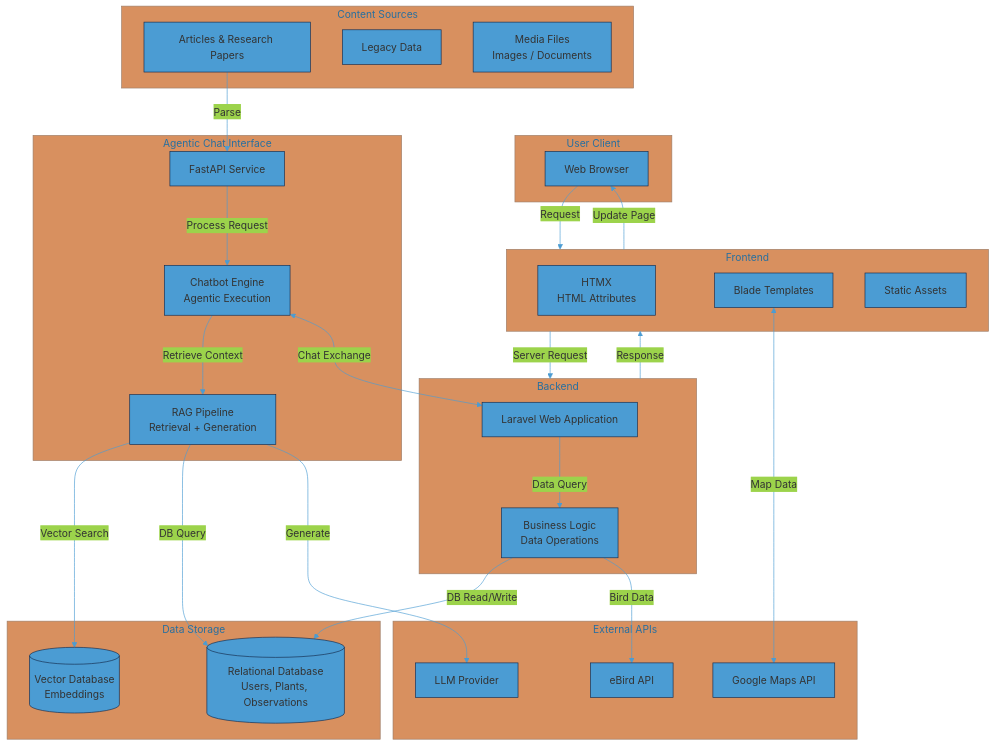
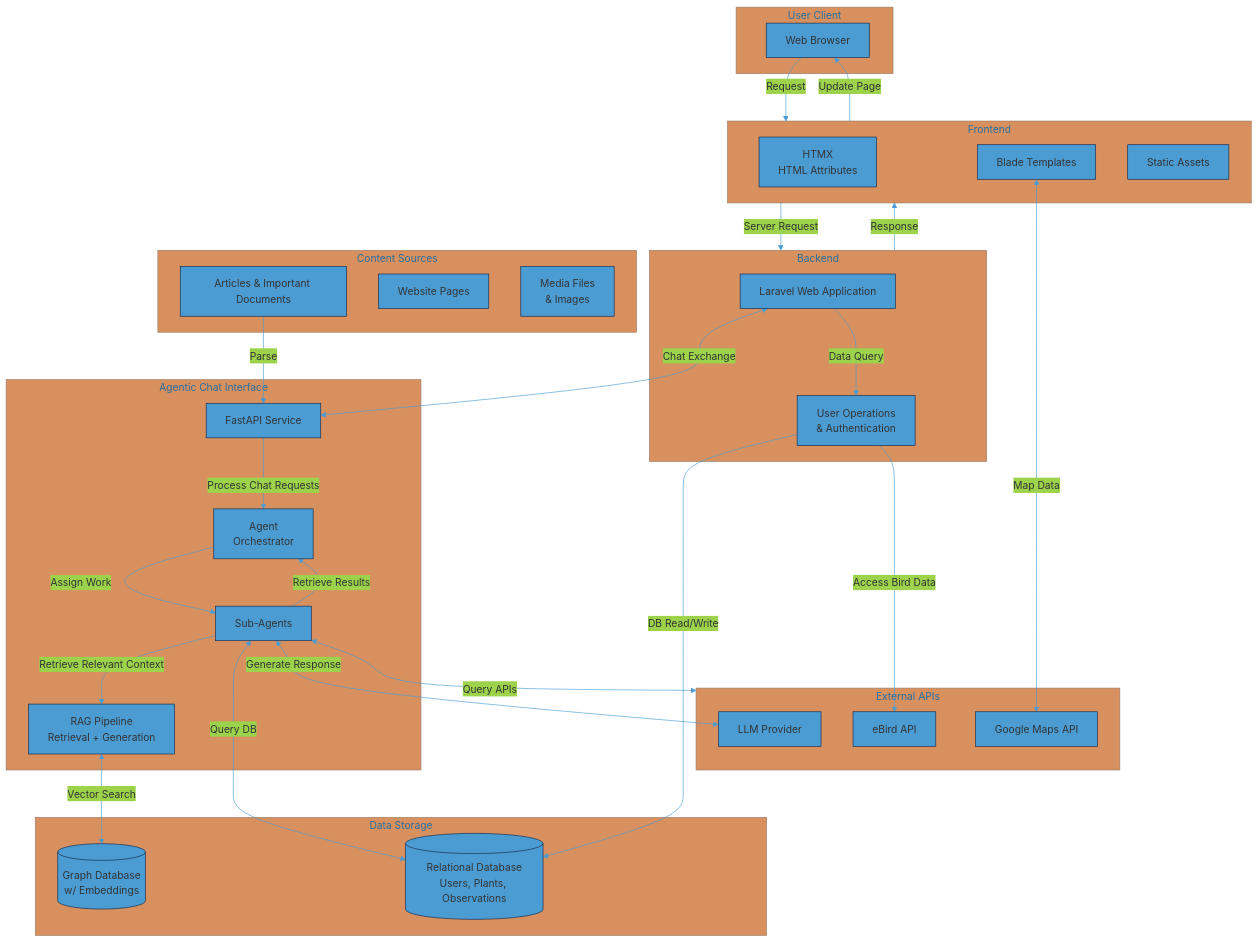
The diagram in content/deliverables/arch-diag.md (cichorum/wiki), drawn with Mermaid before and after one commit. The commit also changed other lines of this file, not shown here.

Commit message:
simplified arch diag for midterm presentation

````diff
--- a/content/deliverables/arch-diag.md
+++ b/content/deliverables/arch-diag.md
@@ -23,77 +23,153 @@
 
 graph TB
 
+  
+
 subgraph UserClient["User Client"]
-    Browser["Web Browser"]
+
+Browser["Web Browser"]
+
 end
 
+  
+
 subgraph Frontend["Frontend"]
-    HTMX["HTMX<br/>HTML Attributes"]
-    Templates["Blade Templates"]
-    Static["Static Assets"]
+
+HTMX["HTMX<br/>HTML Attributes"]
+
+Templates["Blade Templates"]
+
+Static["Static Assets"]
+
 end
 
+  
+
 subgraph Backend["Backend"]
-    WebApp["Laravel Web Application"]
-    BusinessLogic["Business Logic<br/>Data Operations"]
+
+WebApp["Laravel Web Application"]
+
+StandardLogic["User Operations<br/>& Authentication"]
+
 end
 
+  
+
 subgraph ChatBot["Agentic Chat Interface"]
-    AIAPI["FastAPI Service"]
-    Chatbot["Chatbot Engine<br/>Agentic Execution"]
-    RAG["RAG Pipeline<br/>Retrieval + Generation"]
+
+AIAPI["FastAPI Service"]
+
+AgentOrchestrator["Agent<br/>Orchestrator"]
+
+AgentFleet["Sub-Agents"]
+
+RAG["RAG Pipeline<br/>Retrieval + Generation"]
+
 end
 
+  
+
 subgraph DataStorage["Data Storage"]
-    RelationalDB[("Relational Database<br/>Users, Plants, Observations")]
-    VectorDB[("Vector Database<br/>Embeddings")]
+
+RelationalDB[("Relational Database<br/>Users, Plants, Observations")]
+
+VectorDB[("Graph Database<br/>w/ Embeddings")]
+
 end
 
+  
+
 subgraph ContentSources["Content Sources"]
-    Documents["Articles & Research Papers"]
-    LegacyData["Legacy Data"]
-    Images["Media Files<br/>Images / Documents"]
+
+Documents["Articles & Important Documents"]
+
+WebsiteContent["Website Pages"]
+
+Images["Media Files<br/>& Images"]
+
 end
 
+  
+
 subgraph ExternalAPIs["External APIs"]
-    LLM["LLM Provider"]
-    Maps["Google Maps API"]
-    EBird["eBird API"]
+
+LLM["LLM Provider"]
+
+Maps["Google Maps API"]
+
+EBird["eBird API"]
+
 end
 
+  
+
 Browser -->|Request| Frontend
+
 Frontend -->|Server Request| Backend
+
 Backend -->|Response| Frontend
+
 Frontend -->|Update Page| Browser
 
+  
+  
 
-WebApp -->|Data Query| BusinessLogic
-BusinessLogic -->|DB Read/Write| RelationalDB
+WebApp <-- "Chat Exchange" --> AIAPI
 
+WebApp -->|Data Query| StandardLogic
 
-AIAPI -->|Process Request| Chatbot
-Chatbot -->|Retrieve Context| RAG
-RAG -->|Vector Search| VectorDB
-RAG -->|DB Query| RelationalDB
-RAG -->|Generate| LLM
-Chatbot <-- "Chat Exchange" --> WebApp
+StandardLogic -->|DB Read/Write| RelationalDB
 
+  
+  
+
+AIAPI -->|Process Chat Requests| AgentOrchestrator
+
+AgentFleet -->|Retrieve Relevant Context| RAG
+
+AgentFleet -->|Retrieve Results| AgentOrchestrator
+
+AgentOrchestrator-->|Assign Work|AgentFleet
+
+RAG <-->|Vector Search| VectorDB
+
+AgentFleet <-->|Query DB| RelationalDB
+
+AgentFleet <-->|Generate Response| LLM
+
+AgentFleet <-->|Query APIs| ExternalAPIs
+
+  
+  
+  
 
 Documents -->|Parse| AIAPI
 
+  
+  
 
-BusinessLogic -->|Bird Data| EBird
+StandardLogic -->|Access Bird Data| EBird
+
 Templates <-->|Map Data| Maps
 
+  
+  
 
 classDef accent fill:#4B9CD3,color:#FFFFFF,stroke:#13294B;
 
+  
+
 class Browser neutral;
+
 class HTMX,Templates,Static neutral;
-class WebApp,BusinessLogic neutral;
-class AIAPI,Chatbot,RAG neutral;
+
+class WebApp,StandardLogic neutral;
+
+class AIAPI,AgentOrchestrator,RAG neutral;
+
 class RelationalDB,VectorDB neutral;
-class Documents,LegacyData,Images neutral;
+
+class Documents,WebsiteContent,Images neutral;
+
 class LLM,Maps,EBird neutral;
-
 ```
````
